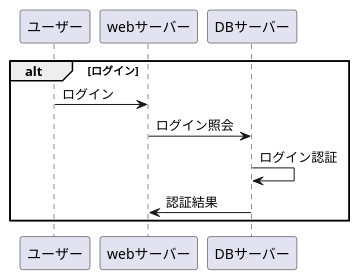
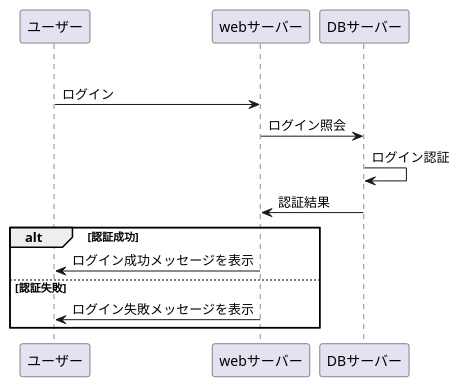
The diagram in sample.md (Aso2001025/2021-sys-design), drawn with PlantUML before and after one commit.

````diff
--- a/sample.md
+++ b/sample.md
@@ -1,12 +1,16 @@
 ```uml
   @startuml
-    alt ログイン
+    opt ログイン
       ユーザー -> webサーバー: ログイン
       webサーバー -> DBサーバー: ログイン照会
       DBサーバー -> DBサーバー: ログイン認証
       DBサーバー -> webサーバー: 認証結果
+      alt 認証成功
+        webサーバー -> ユーザー: ログイン成功メッセージを表示
+      else 認証失敗
+        webサーバー -> ユーザー: ログイン失敗メッセージを表示
      end
       
     
   @enduml
 ```
````
